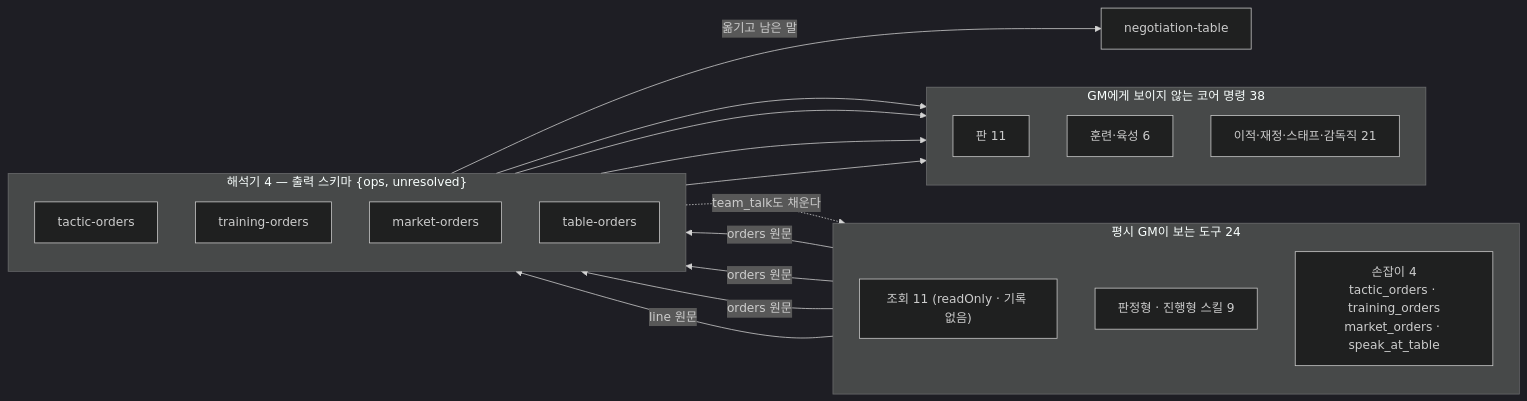
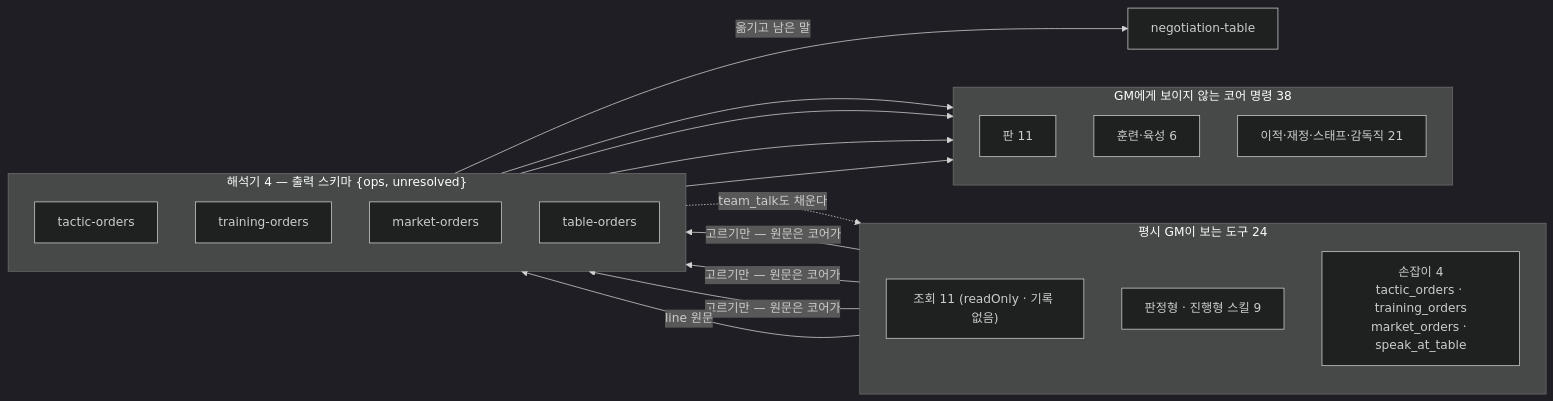
One commit to dhoonjang/story-fm changed the sixth of 10 diagrams in docs/llm/pipeline.md. Above: the diagram before and after it, drawn with Mermaid (dark theme). The commit also changed other lines of this file and 18 other files, not shown here.

First line of the commit message:
fix(agents): 손잡이 셋의 orders 인자를 걷어내고 감독 원문은 코어가 해석기에 넘긴다

````diff
--- a/docs/llm/pipeline.md
+++ b/docs/llm/pipeline.md
@@ -217,29 +217,29 @@
 ```mermaid
 flowchart LR
   subgraph GMTOOLS["평시 GM이 보는 도구 24"]
     direction TB
     RO["조회 11 (readOnly · 기록 없음)"]
     SK["판정형 · 진행형 스킬 9"]
     HD["손잡이 4<br/>tactic_orders · training_orders<br/>market_orders · speak_at_table"]
   end
   subgraph INTERP["해석기 4 — 출력 스키마 {ops, unresolved}"]
     direction TB
     TO["tactic-orders"]
     TRO["training-orders"]
     MO["market-orders"]
     TBO["table-orders"]
   end
   subgraph CMD["GM에게 보이지 않는 코어 명령 38"]
     direction TB
     C1["판 11"]
     C2["훈련·육성 6"]
     C3["이적·재정·스태프·감독직 21"]
   end
   NT["negotiation-table"]
-  HD -->|"orders 원문"| TO --> C1
-  HD -->|"orders 원문"| TRO --> C2
-  HD -->|"orders 원문"| MO --> C3
+  HD -->|"고르기만 — 원문은 코어가"| TO --> C1
+  HD -->|"고르기만 — 원문은 코어가"| TRO --> C2
+  HD -->|"고르기만 — 원문은 코어가"| MO --> C3
   HD -->|"line 원문"| TBO --> C3
   TBO -->|"옮기고 남은 말"| NT
   TO -.->|"team_talk도 채운다"| SK
 ```
````
